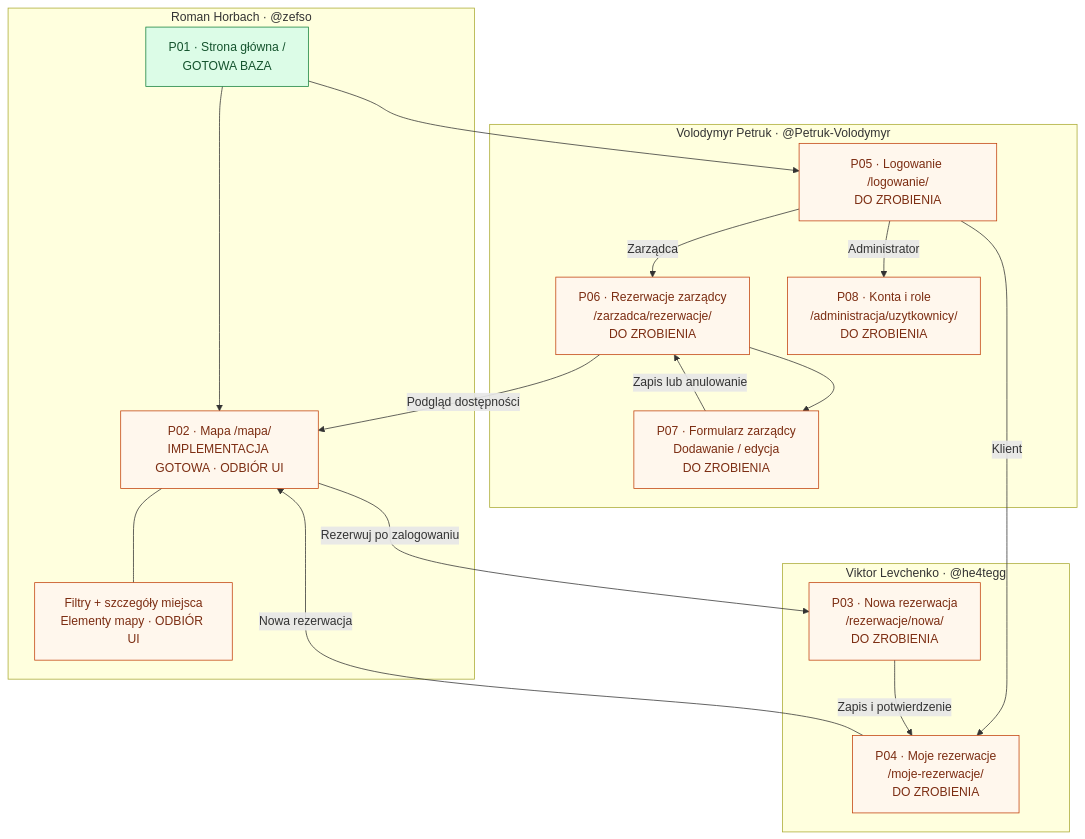
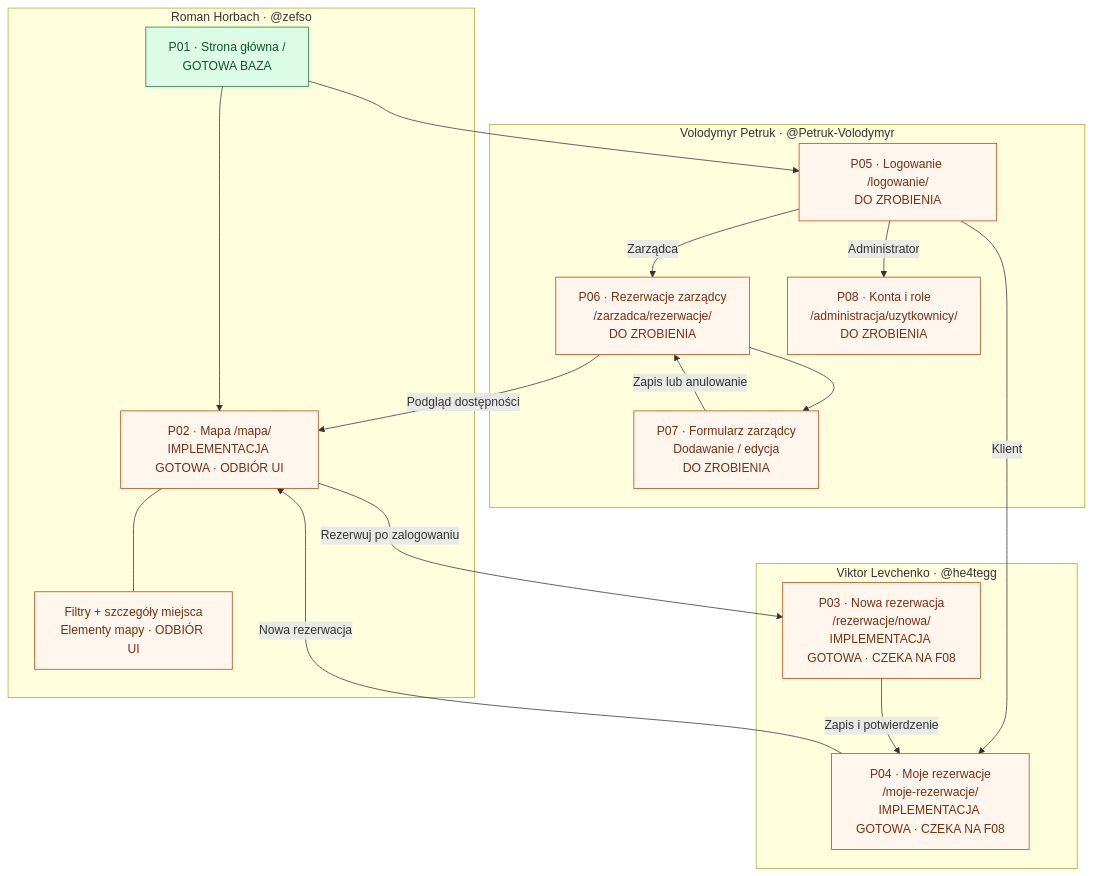
Before and after one commit to zefso/CoffinLikeCoffee: the diagram in docs/mapa-stron.md, drawn with Mermaid. The commit also changed other lines of this file and 15 other files, not shown here.

````diff
--- a/docs/mapa-stron.md
+++ b/docs/mapa-stron.md
@@ -12,34 +12,34 @@
 ```mermaid
 flowchart TD
     subgraph roman["Roman Horbach · @zefso"]
         home["P01 · Strona główna /<br/>GOTOWA BAZA"]
         map["P02 · Mapa /mapa/<br/>IMPLEMENTACJA GOTOWA · ODBIÓR UI"]
         filters["Filtry + szczegóły miejsca<br/>Elementy mapy · ODBIÓR UI"]
     end
     subgraph viktor["Viktor Levchenko · @he4tegg"]
-        booking["P03 · Nowa rezerwacja<br/>/rezerwacje/nowa/<br/>DO ZROBIENIA"]
-        mine["P04 · Moje rezerwacje<br/>/moje-rezerwacje/<br/>DO ZROBIENIA"]
+        booking["P03 · Nowa rezerwacja<br/>/rezerwacje/nowa/<br/>IMPLEMENTACJA GOTOWA · CZEKA NA F08"]
+        mine["P04 · Moje rezerwacje<br/>/moje-rezerwacje/<br/>IMPLEMENTACJA GOTOWA · CZEKA NA F08"]
     end
     subgraph volodymyr["Volodymyr Petruk · @Petruk-Volodymyr"]
         login["P05 · Logowanie /logowanie/<br/>DO ZROBIENIA"]
         manager["P06 · Rezerwacje zarządcy<br/>/zarzadca/rezerwacje/<br/>DO ZROBIENIA"]
         edit["P07 · Formularz zarządcy<br/>Dodawanie / edycja<br/>DO ZROBIENIA"]
         accounts["P08 · Konta i role<br/>/administracja/uzytkownicy/<br/>DO ZROBIENIA"]
     end
     home --> map
     map --- filters
     map -->|Rezerwuj po zalogowaniu| booking
     home --> login
     login -->|Klient| mine
     login -->|Zarządca| manager
     login -->|Administrator| accounts
     booking -->|Zapis i potwierdzenie| mine
     mine -->|Nowa rezerwacja| map
     manager --> edit
     edit -->|Zapis lub anulowanie| manager
     manager -->|Podgląd dostępności| map
     classDef base fill:#dcfce7,stroke:#15803d,color:#14532d
     classDef todo fill:#fff7ed,stroke:#c2410c,color:#7c2d12
     class home base
     class map,filters,booking,mine,login,manager,edit,accounts todo
 ```
````
